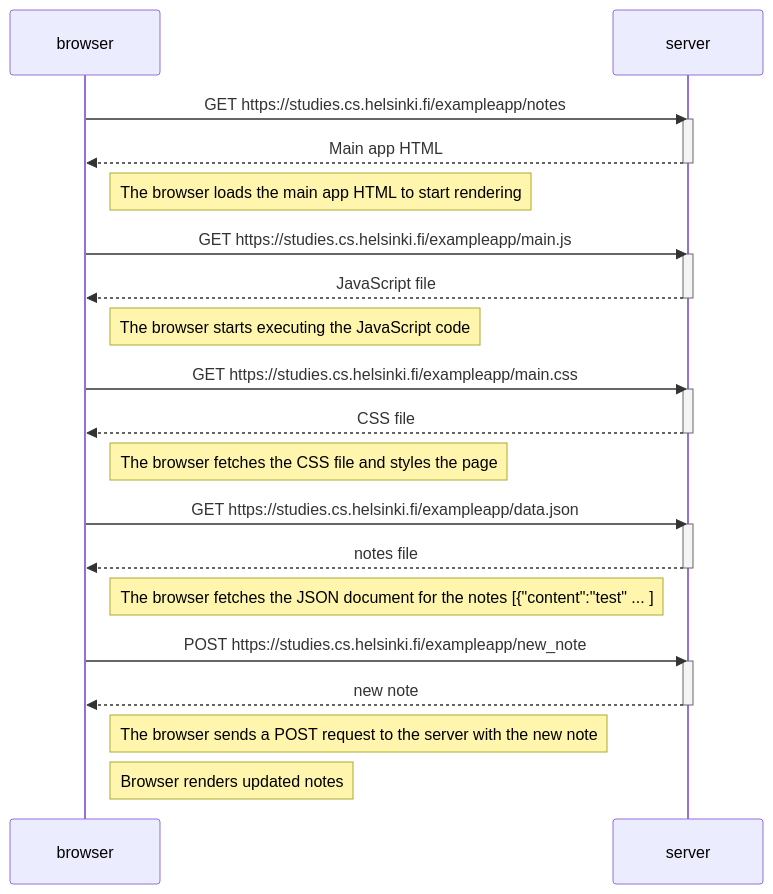
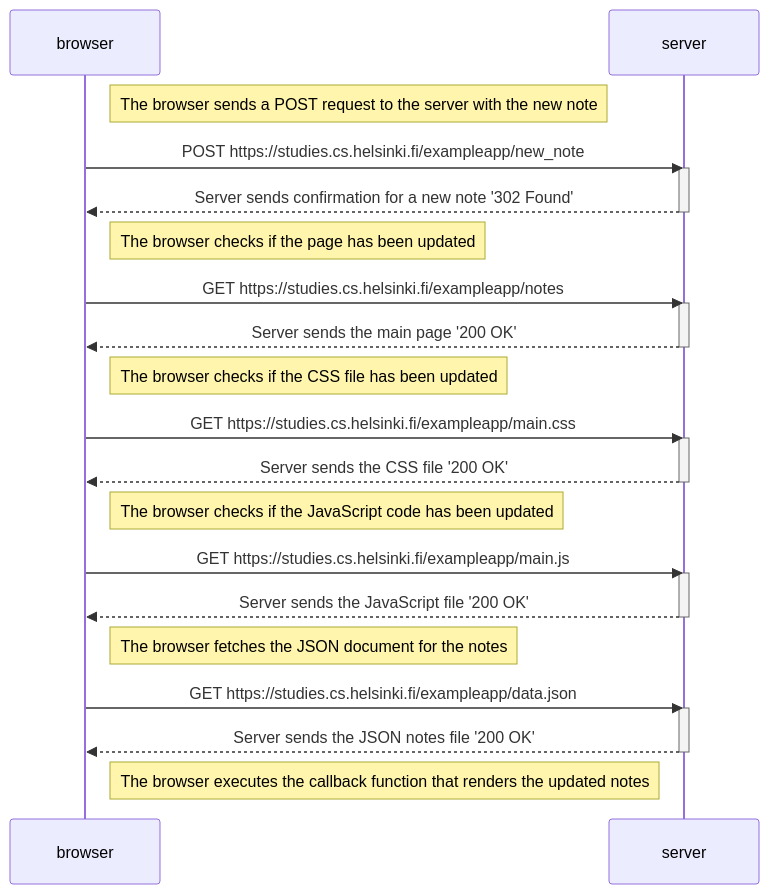
One commit to jamps3/fullstackopen changed the diagram in osa0/0.4.md. Above: the diagram before and after it, drawn with Mermaid. The commit also changed 2 other files, not shown here.

Commit message:
osa0: finished 0.4.md, 0.5.md and 0.6.md

````diff
--- a/osa0/0.4.md
+++ b/osa0/0.4.md
@@ -1,42 +1,42 @@
 ```mermaid
 sequenceDiagram
 participant browser
 participant server
 
+    Note right of browser: The browser sends a POST request to the server with the new note
+
+    browser->>server: POST https://studies.cs.helsinki.fi/exampleapp/new_note
+    activate server
+    server-->>browser: Server sends confirmation for a new note '302 Found'
+    deactivate server
+
+    Note right of browser: The browser checks if the page has been updated
+
     browser->>server: GET https://studies.cs.helsinki.fi/exampleapp/notes
     activate server
-    server-->>browser: Main app HTML
+    server-->>browser: Server sends the main page '200 OK'
+    deactivate server
+    
+    Note right of browser: The browser checks if the CSS file has been updated
+
+    browser->>server: GET https://studies.cs.helsinki.fi/exampleapp/main.css
+    activate server
+    server-->>browser: Server sends the CSS file '200 OK'
     deactivate server
 
-    Note right of browser: The browser loads the main app HTML to start rendering
+    Note right of browser: The browser checks if the JavaScript code has been updated
 
     browser->>server: GET https://studies.cs.helsinki.fi/exampleapp/main.js
     activate server
-    server-->>browser: JavaScript file
+    server-->>browser: Server sends the JavaScript file '200 OK'
     deactivate server
-
-    Note right of browser: The browser starts executing the JavaScript code
-
-    browser->>server: GET https://studies.cs.helsinki.fi/exampleapp/main.css
-    activate server
-    server-->>browser: CSS file
-    deactivate server
-
-    Note right of browser: The browser fetches the CSS file and styles the page
+    
+    Note right of browser: The browser fetches the JSON document for the notes
 
     browser->>server: GET https://studies.cs.helsinki.fi/exampleapp/data.json
     activate server
-    server-->>browser: notes file
+    server-->>browser: Server sends the JSON notes file '200 OK'
     deactivate server
 
-    Note right of browser: The browser fetches the JSON document for the notes [{"content":"test" ... ]
-
-    browser->>server: POST https://studies.cs.helsinki.fi/exampleapp/new_note
-    activate server
-    server-->>browser: new note
-    deactivate server
-
-    Note right of browser: The browser sends a POST request to the server with the new note
-
-    Note right of browser: Browser renders updated notes
+    Note right of browser: The browser executes the callback function that renders the updated notes
 ```
````
